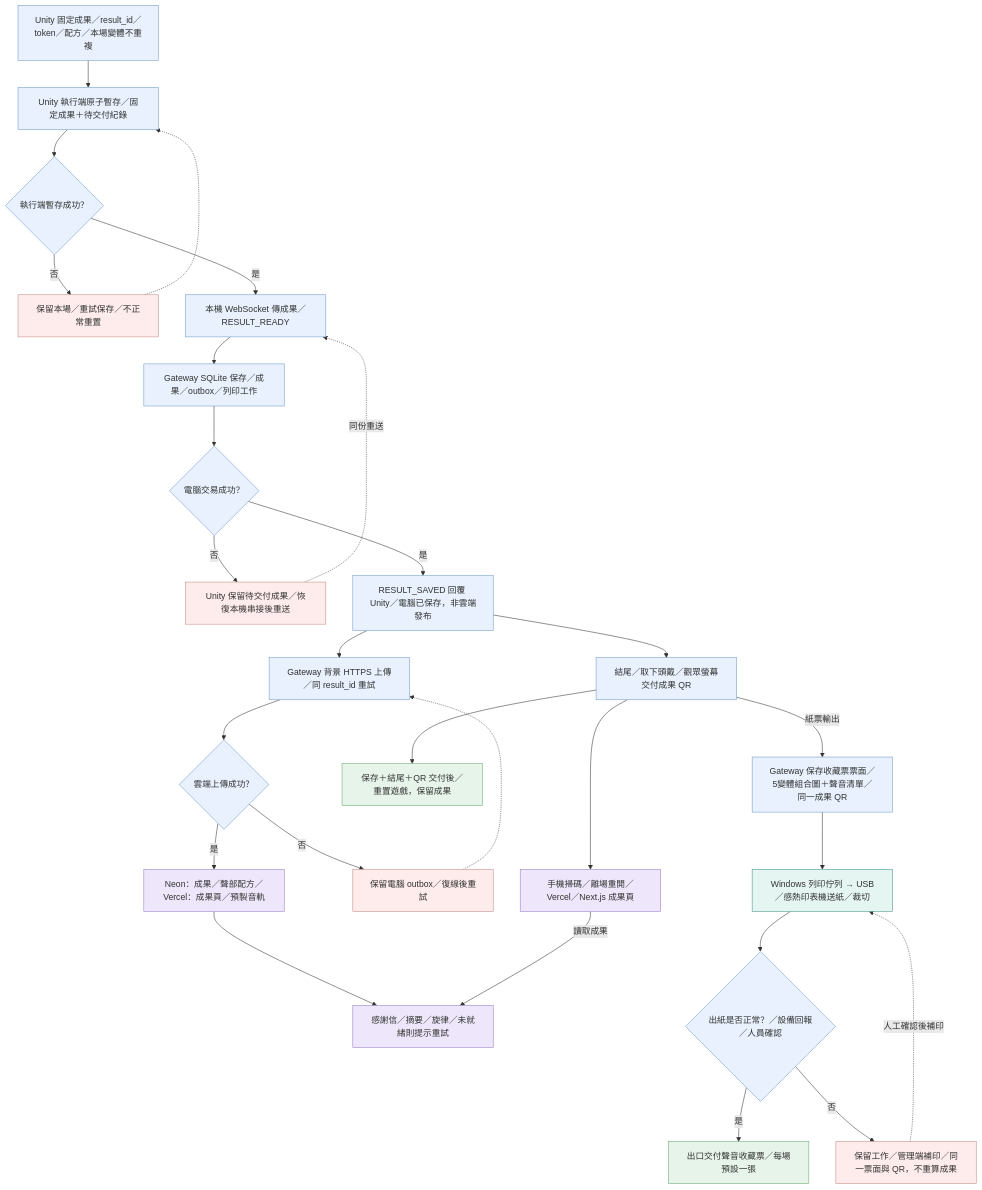
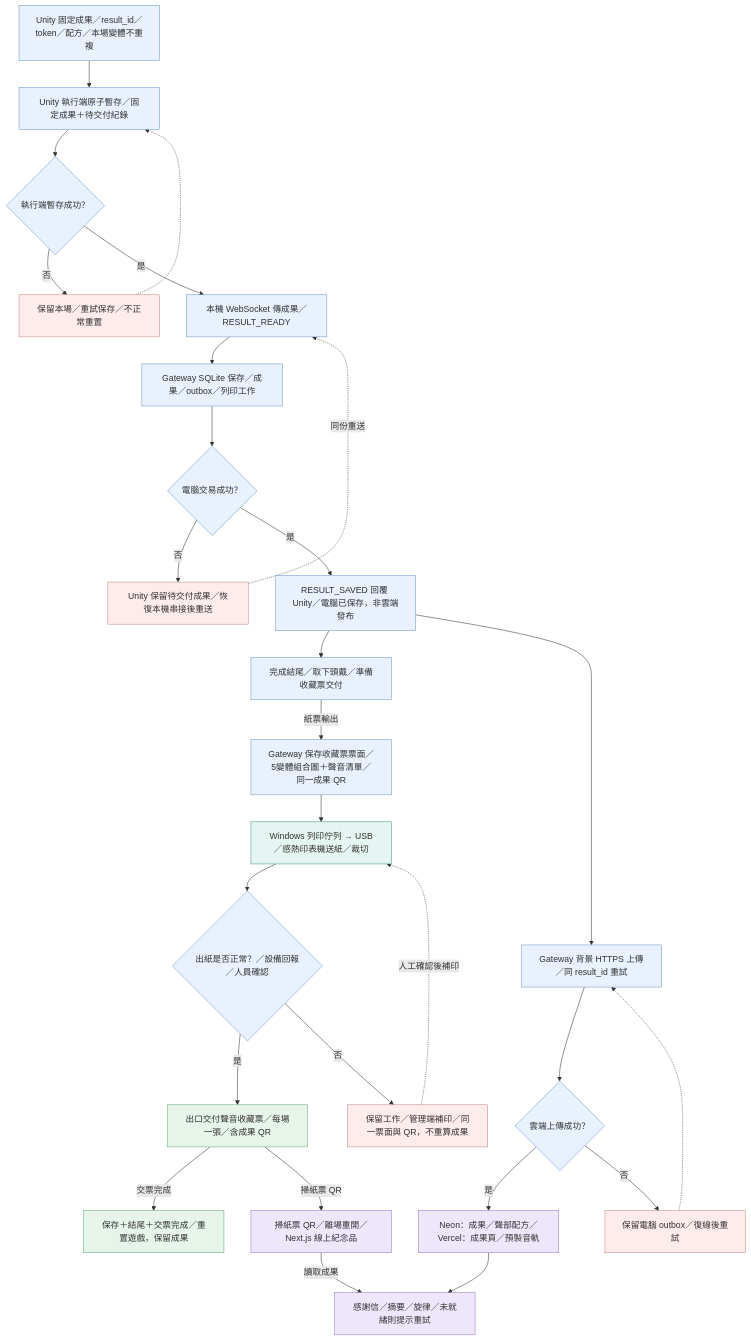
Before and after one commit to fengyenchia/dctProject: the diagram in docs/docs_vr/assets/技術流程圖/05.mmd, drawn with Mermaid. The commit also changed 91 other files, not shown here.

```diff
--- a/docs/docs_vr/assets/技術流程圖/05.mmd
+++ b/docs/docs_vr/assets/技術流程圖/05.mmd
@@ -1,71 +1,71 @@
 flowchart TD
   snapshot["Unity 固定成果／result_id／token／配方／本場變體不重複"]
   unityStore["Unity 執行端原子暫存／固定成果＋待交付紀錄"]
   localOk{"執行端暫存成功？"}
   localRetry["保留本場／重試保存／不正常重置"]
   send["本機 WebSocket 傳成果／RESULT_READY"]
   pcStore["Gateway SQLite 保存／成果／outbox／列印工作"]
   pcOk{"電腦交易成功？"}
   pcRetry["Unity 保留待交付成果／恢復本機串接後重送"]
   ack["RESULT_SAVED 回覆 Unity／電腦已保存，非雲端發布"]
-  handoff["結尾／取下頭戴／觀眾螢幕交付成果 QR"]
+  handoff["完成結尾／取下頭戴／準備收藏票交付"]
   upload["Gateway 背景 HTTPS 上傳／同 result_id 重試"]
   cloudOk{"雲端上傳成功？"}
   cloud["Neon：成果／聲部配方／Vercel：成果頁／預製音軌"]
   queue["保留電腦 outbox／復線後重試"]
-  phone["手機掃碼／離場重開／Vercel／Next.js 成果頁"]
+  phone["掃紙票 QR／離場重開／Next.js 線上紀念品"]
   web["感謝信／摘要／旋律／未就緒則提示重試"]
-  reset["保存＋結尾＋QR 交付後／重置遊戲，保留成果"]
+  reset["保存＋結尾＋交票完成／重置遊戲，保留成果"]
   ticketImage["Gateway 保存收藏票票面／5變體組合圖＋聲音清單／同一成果 QR"]
   ticketUsb["Windows 列印佇列 → USB／感熱印表機送紙／裁切"]
   ticketOk{"出紙是否正常？／設備回報／人員確認"}
-  ticketTake["出口交付聲音收藏票／每場預設一張"]
+  ticketTake["出口交付聲音收藏票／每場一張／含成果 QR"]
   ticketRetry["保留工作／管理端補印／同一票面與 QR，不重算成果"]
   snapshot --> unityStore
   unityStore --> localOk
   localOk -->|"否"| localRetry
   localRetry -.-> unityStore
   localOk -->|"是"| send
   send --> pcStore
   pcStore --> pcOk
   pcOk -->|"否"| pcRetry
   pcRetry -.->|"同份重送"| send
   pcOk -->|"是"| ack
   ack --> handoff
   ack --> upload
-  handoff --> reset
-  handoff --> phone
   upload --> cloudOk
   cloudOk -->|"是"| cloud
   cloudOk -->|"否"| queue
   queue -.-> upload
   cloud --> web
   phone -->|"讀取成果"| web
   handoff -->|"紙票輸出"| ticketImage
   ticketImage --> ticketUsb
   ticketUsb --> ticketOk
   ticketOk -->|"是"| ticketTake
   ticketOk -->|"否"| ticketRetry
   ticketRetry -.->|"人工確認後補印"| ticketUsb
+  ticketTake -->|"交票完成"| reset
+  ticketTake -->|"掃紙票 QR"| phone
   style snapshot fill:#e8f1fd,stroke:#7099c9
   style unityStore fill:#e8f1fd,stroke:#7099c9
   style localOk fill:#e8f1fd,stroke:#7099c9
   style localRetry fill:#fdeceb,stroke:#c58b86
   style send fill:#e8f1fd,stroke:#7099c9
   style pcStore fill:#e8f1fd,stroke:#7099c9
   style pcOk fill:#e8f1fd,stroke:#7099c9
   style pcRetry fill:#fdeceb,stroke:#c58b86
   style ack fill:#e8f1fd,stroke:#7099c9
   style handoff fill:#e8f1fd,stroke:#7099c9
   style upload fill:#e8f1fd,stroke:#7099c9
   style cloudOk fill:#e8f1fd,stroke:#7099c9
   style cloud fill:#eee7fb,stroke:#9a7ac7
   style queue fill:#fdeceb,stroke:#c58b86
   style phone fill:#eee7fb,stroke:#9a7ac7
   style web fill:#eee7fb,stroke:#9a7ac7
   style reset fill:#e7f4e9,stroke:#69a977
   style ticketImage fill:#e8f1fd,stroke:#7099c9
   style ticketUsb fill:#e5f5f1,stroke:#459489
   style ticketOk fill:#e8f1fd,stroke:#7099c9
   style ticketTake fill:#e7f4e9,stroke:#69a977
   style ticketRetry fill:#fdeceb,stroke:#c58b86
```
